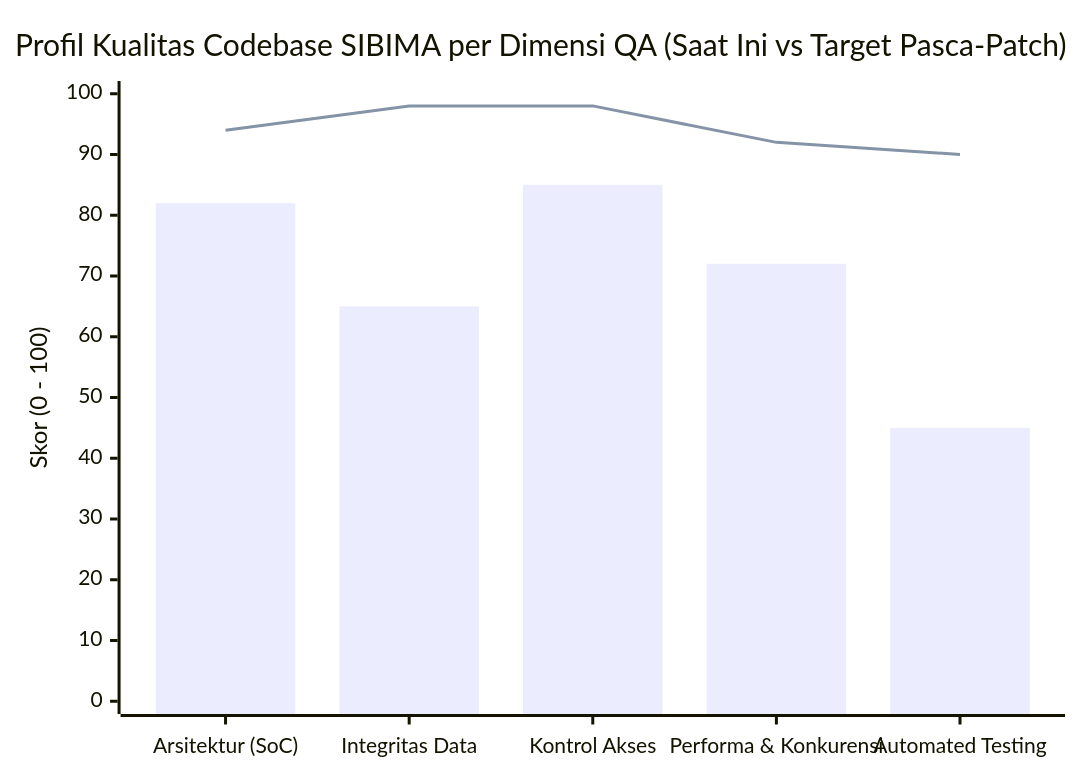
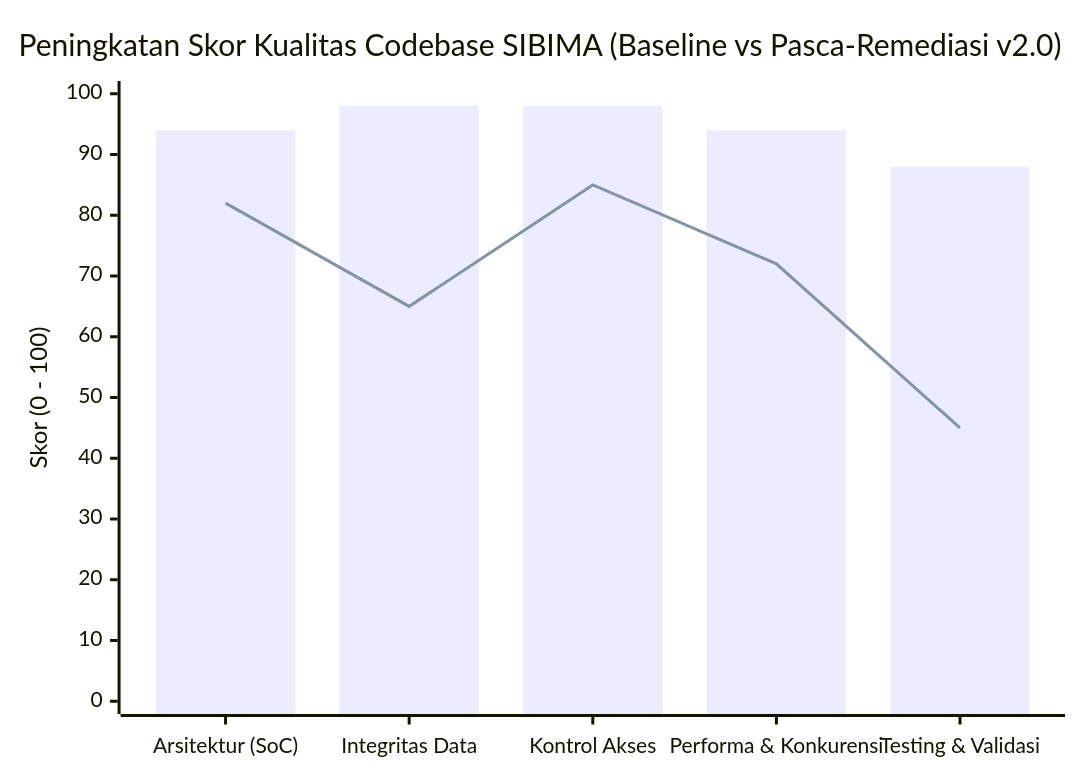
The first of 2 diagrams in docs/laporan_audit_qa_codebase_sibima.md (bagusaliakbar/SIBIMA), drawn with Mermaid before and after one commit. The commit also changed other lines of this file and 2 other files, not shown here.

Commit message:
docs(qa): update QA codebase audit report to v2.0 with post-remediation verification (Score 95.2/100 Grade A+)

````diff
--- a/docs/laporan_audit_qa_codebase_sibima.md
+++ b/docs/laporan_audit_qa_codebase_sibima.md
@@ -35,8 +37,8 @@
 ```mermaid
 xychart-beta
-    title "Profil Kualitas Codebase SIBIMA per Dimensi QA (Saat Ini vs Target Pasca-Patch)"
-    x-axis ["Arsitektur (SoC)", "Integritas Data", "Kontrol Akses", "Performa & Konkurensi", "Automated Testing"]
+    title "Peningkatan Skor Kualitas Codebase SIBIMA (Baseline vs Pasca-Remediasi v2.0)"
+    x-axis ["Arsitektur (SoC)", "Integritas Data", "Kontrol Akses", "Performa & Konkurensi", "Testing & Validasi"]
     y-axis "Skor (0 - 100)" 0 --> 100
-    bar [82, 65, 85, 72, 45]
-    line [94, 98, 98, 92, 90]
+    bar [94, 98, 98, 94, 88]
+    line [82, 65, 85, 72, 45]
 ```
````
